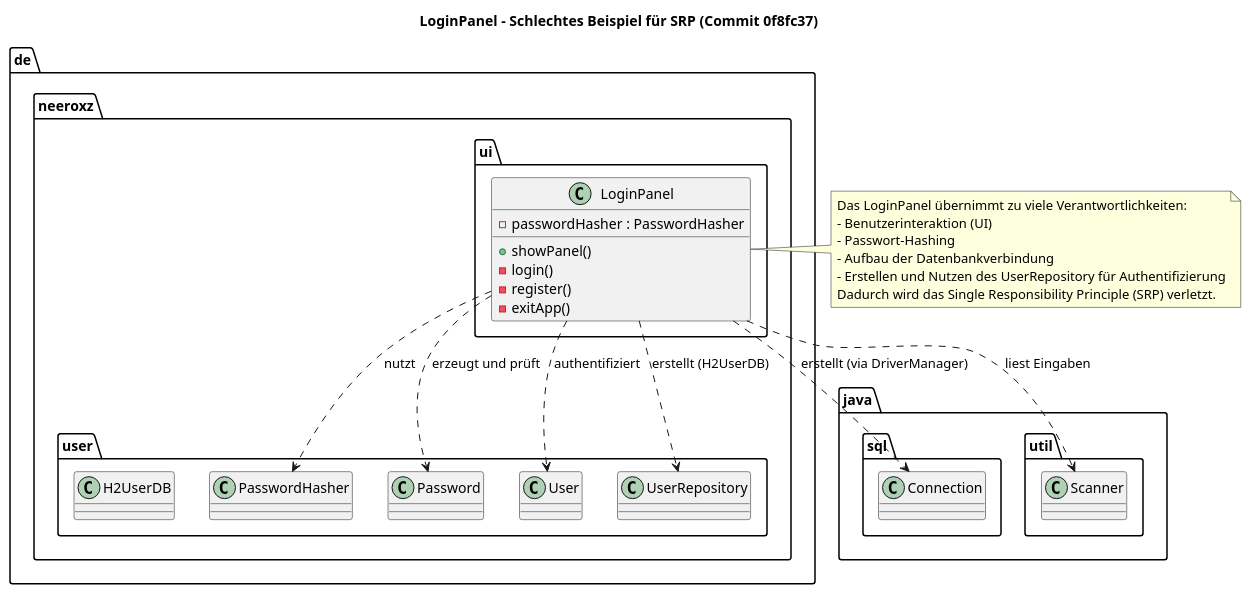
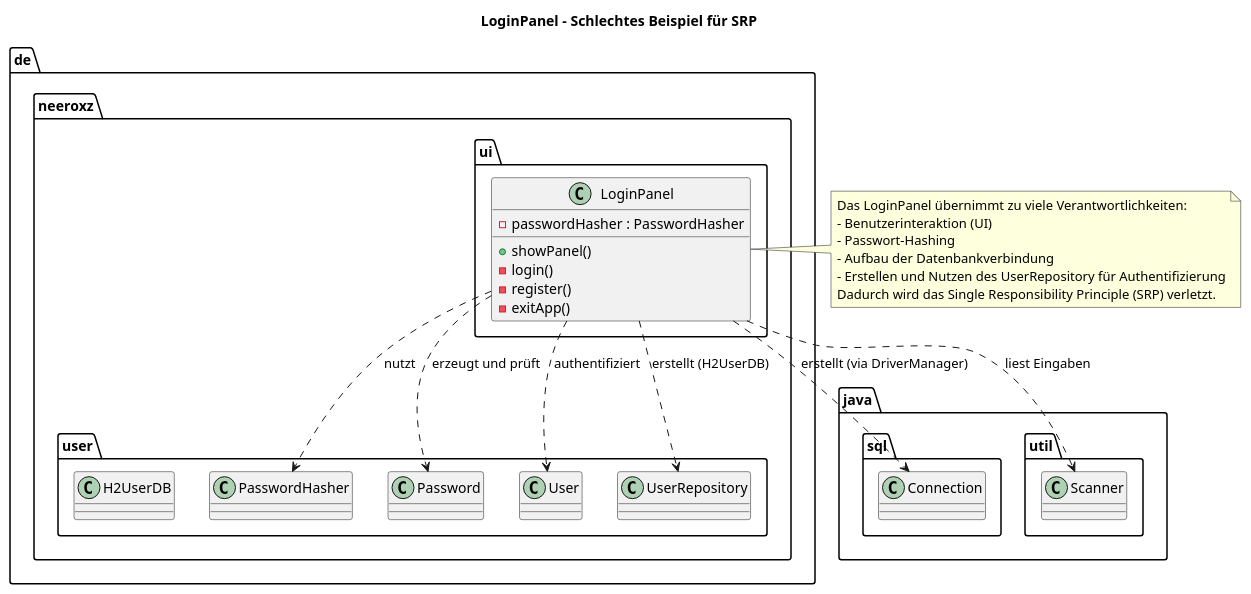
One commit to NeeroxZ/FitTrackPro_v2 changed the diagram in protokoll/UML/kapitel3/Analyse_SRP_Negativ.puml. Above: the diagram before and after it, drawn with PlantUML. The commit also changed 3 other files, not shown here.

```diff
--- a/protokoll/UML/kapitel3/Analyse_SRP_Negativ.puml
+++ b/protokoll/UML/kapitel3/Analyse_SRP_Negativ.puml
@@ -1,46 +1,46 @@
 @startuml LoginPanel_SRP_Negativ
-title LoginPanel - Schlechtes Beispiel für SRP (Commit 0f8fc37)
+title LoginPanel - Schlechtes Beispiel für SRP
 
 package "de.neeroxz.ui" {
   class LoginPanel {
     - passwordHasher : PasswordHasher
     + showPanel()
     - login()
     - register()
     - exitApp()
   }
 }
 
 package "de.neeroxz.user" {
   class PasswordHasher
   class Password
   class User
   class UserRepository
   class H2UserDB
 }
 
 package "java.sql" {
   class Connection
 }
 
 package "java.util" {
   class Scanner
 }
 
 LoginPanel ..> PasswordHasher : nutzt
 LoginPanel ..> Scanner : liest Eingaben
 LoginPanel ..> Connection : erstellt (via DriverManager)
 LoginPanel ..> UserRepository : erstellt (H2UserDB)
 LoginPanel ..> Password : erzeugt und prüft
 LoginPanel ..> User : authentifiziert
 
 note right of LoginPanel
   Das LoginPanel übernimmt zu viele Verantwortlichkeiten:
   - Benutzerinteraktion (UI)
   - Passwort-Hashing
   - Aufbau der Datenbankverbindung
   - Erstellen und Nutzen des UserRepository für Authentifizierung
   Dadurch wird das Single Responsibility Principle (SRP) verletzt.
 end note
 
 @enduml
```
